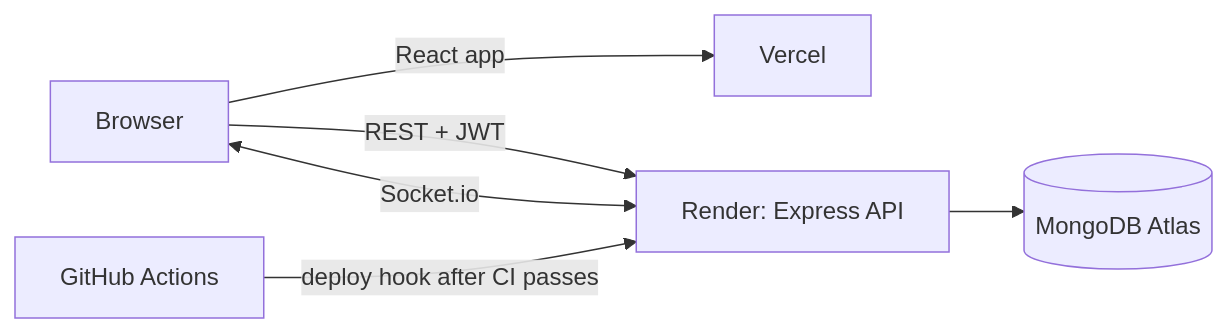
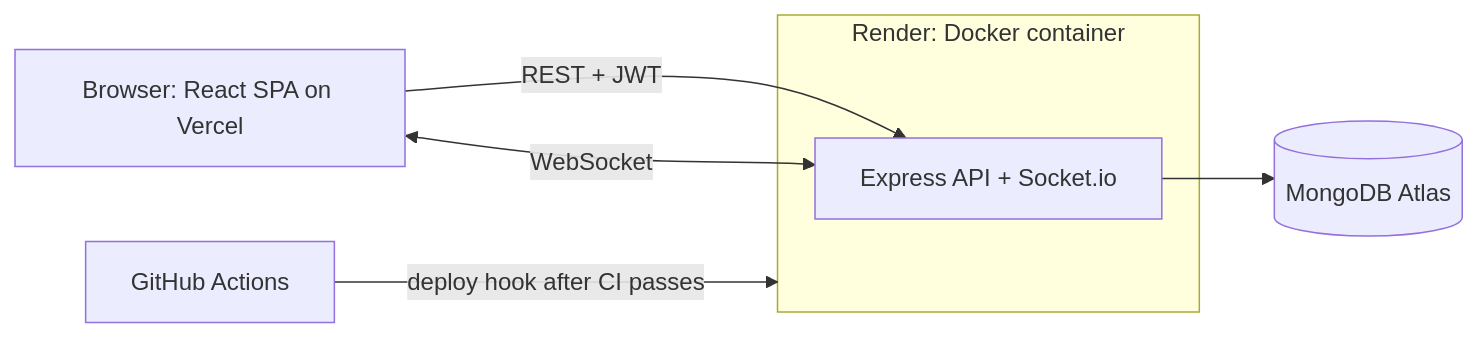
Before and after one commit to eka404/Multi_Tenant: the diagram in README.md, drawn with Mermaid. The commit also changed 3 other files, not shown here.

````diff
--- a/README.md
+++ b/README.md
@@ -36,8 +36,10 @@
 ```mermaid
 flowchart LR
-    U[Browser] -->|React app| V[Vercel]
-    U -->|REST + JWT| R[Render: Express API]
-    U <-->|Socket.io| R
-    R --> D[(MongoDB Atlas)]
+    U[Browser: React SPA on Vercel] -->|REST + JWT| A
+    U <-->|WebSocket| A
+    subgraph R[Render: Docker container]
+        A[Express API + Socket.io]
+    end
+    A --> D[(MongoDB Atlas)]
     G[GitHub Actions] -->|deploy hook after CI passes| R
 ```
````
